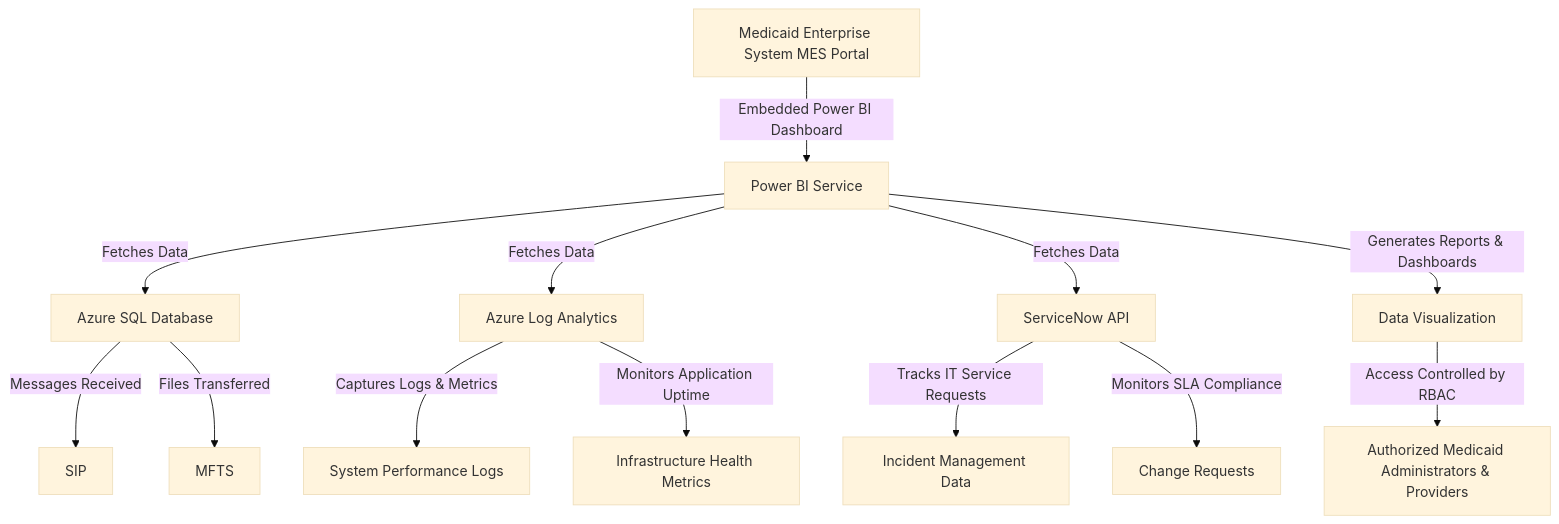
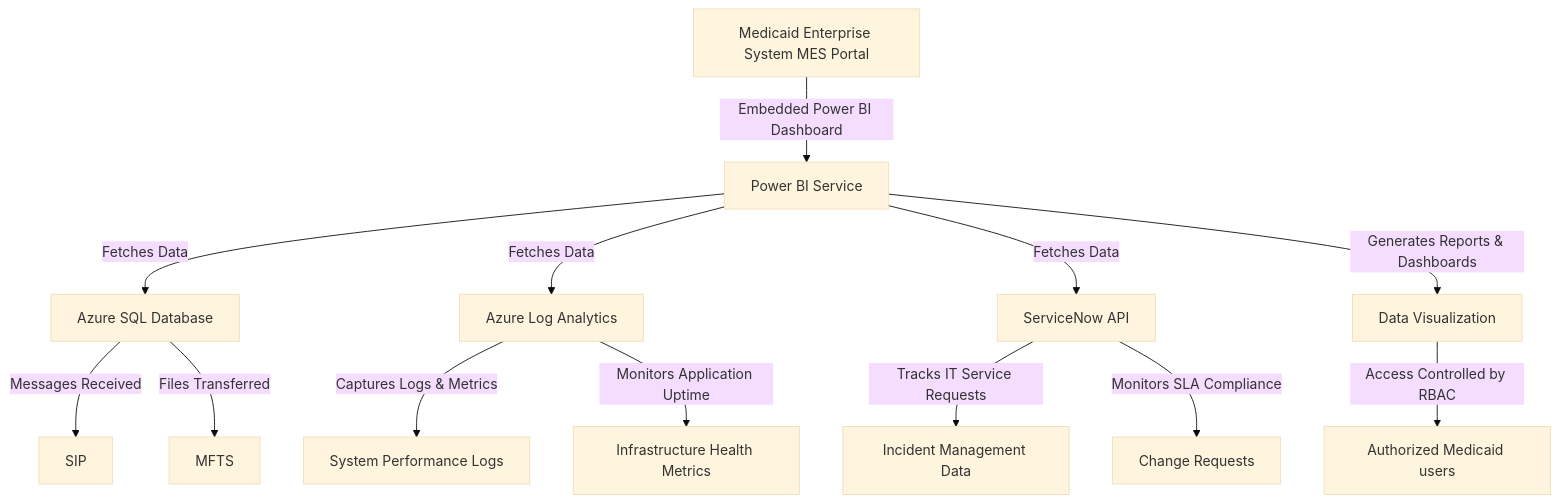
Before and after one commit to oigbokwe73/MuleSoft-Moveit-Azure-Data-Logging-Monitoring-Solution: the first of 11 diagrams in README.md, drawn with Mermaid (base theme).

````diff
--- a/README.md
+++ b/README.md
@@ -83,22 +83,22 @@
 ```mermaid
 
 graph TD
     A[Medicaid Enterprise System MES Portal] -->|Embedded Power BI Dashboard| B[Power BI Service]
     
     B -->|Fetches Data| C[Azure SQL Database]
     B -->|Fetches Data| D[Azure Log Analytics]
     B -->|Fetches Data| E[ServiceNow API]
     
     C -->|Messages Received| F[SIP]
     C -->|Files Transferred| G[MFTS]
     
     D -->|Captures Logs & Metrics| I[System Performance Logs]
     D -->|Monitors Application Uptime| J[Infrastructure Health Metrics]
 
     E -->|Tracks IT Service Requests| K[Incident Management Data]
     E -->|Monitors SLA Compliance| L[Change Requests]
 
     B -->|Generates Reports & Dashboards| M[Data Visualization]
     
-    M -->|Access Controlled by RBAC| N[Authorized Medicaid Administrators & Providers]
+    M -->|Access Controlled by RBAC| N[Authorized Medicaid users]
 ```
````
